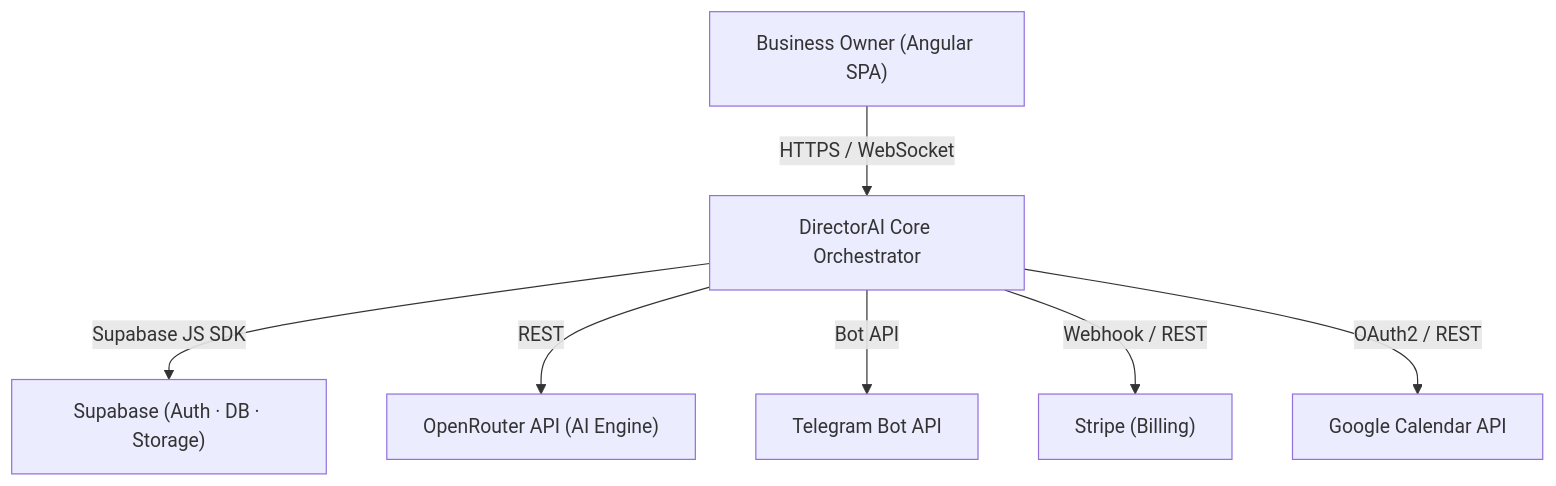
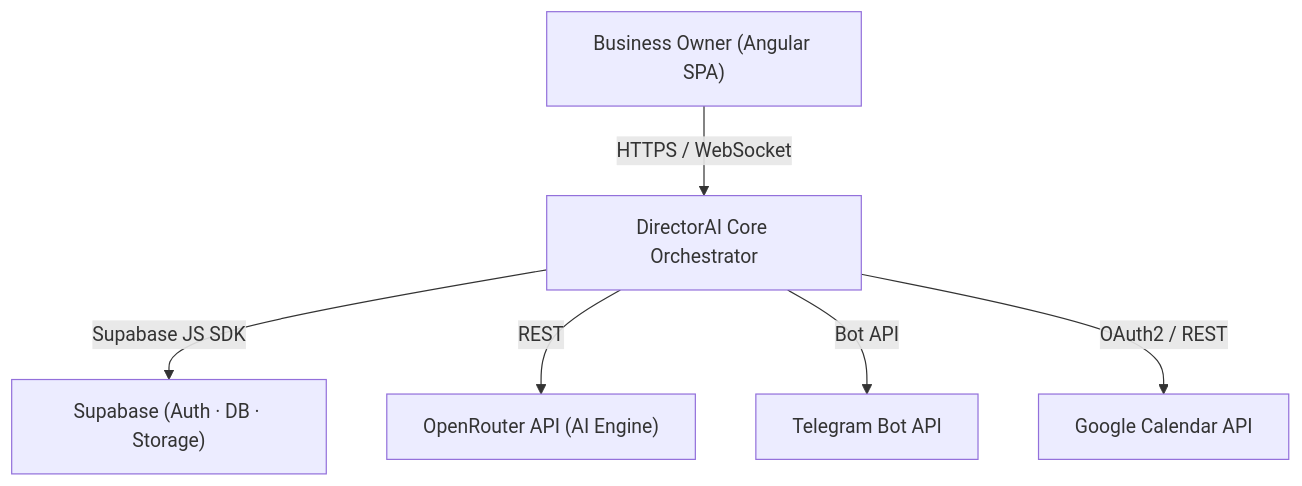
Before and after one commit to JonathanM880/DirectorAI: the first of 4 diagrams in .kiro/specs/director-ai/design.md, drawn with Mermaid. The commit also changed other lines of this file and 2 other files, not shown here.

Commit message:
Stripe who?

````diff
--- a/.kiro/specs/director-ai/design.md
+++ b/.kiro/specs/director-ai/design.md
@@ -17,17 +17,15 @@
 ```mermaid
 graph TD
     User["Business Owner (Angular SPA)"]
     Core["DirectorAI Core Orchestrator"]
     Supabase["Supabase (Auth · DB · Storage)"]
     OpenRouter["OpenRouter API (AI Engine)"]
     Telegram["Telegram Bot API"]
-    Stripe["Stripe (Billing)"]
     GCal["Google Calendar API"]
 
     User -->|"HTTPS / WebSocket"| Core
     Core -->|"Supabase JS SDK"| Supabase
     Core -->|"REST"| OpenRouter
     Core -->|"Bot API"| Telegram
-    Core -->|"Webhook / REST"| Stripe
     Core -->|"OAuth2 / REST"| GCal
 ```
````
